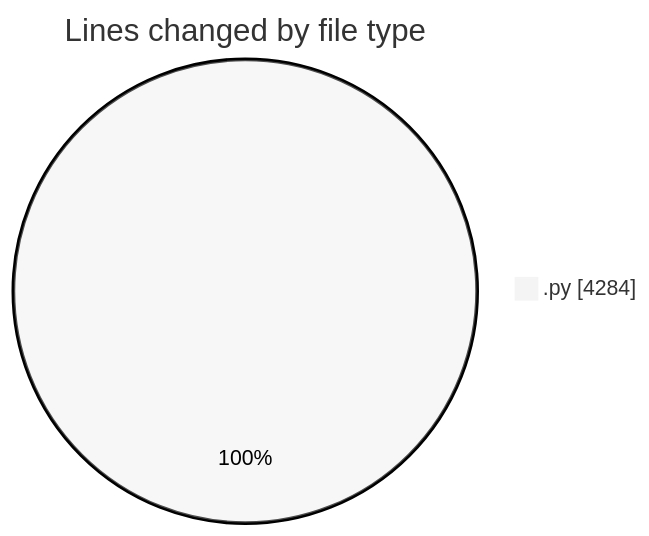
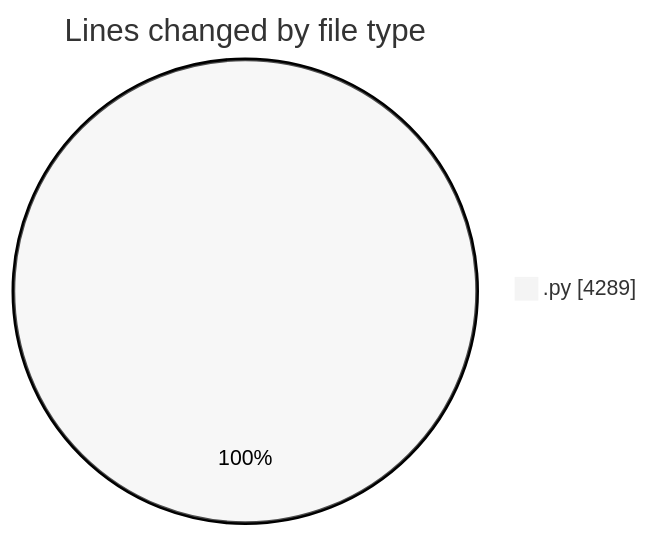
Before and after one commit to MatusMokan/code-tracking: the first of 2 diagrams in 2025-04-18/myws__workspace_/README.md, drawn with Mermaid (neutral theme). The commit also changed other lines of this file and 1 other file, not shown here.

````diff
--- a/2025-04-18/myws__workspace_/README.md
+++ b/2025-04-18/myws__workspace_/README.md
@@ -21,5 +21,5 @@
 ```mermaid
 pie showData
 title Lines changed by file type
-".py" : 4284
+".py" : 4289
 ```
````
